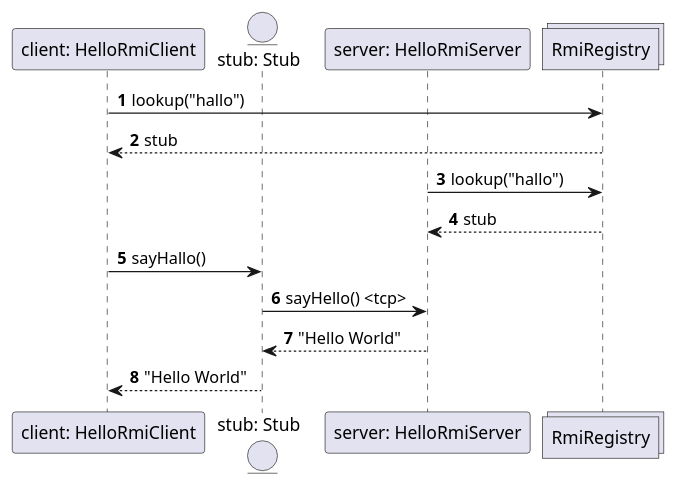
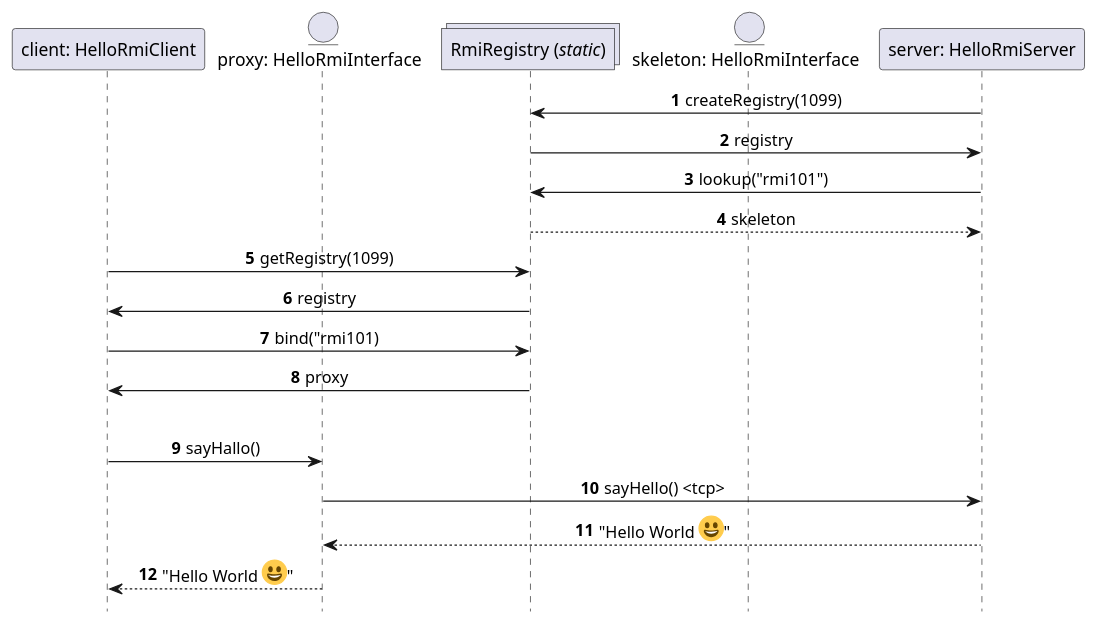
One commit to bartvanderwal/java-rmi changed the diagram in plaatjes/rmi-extended.puml. Above: the diagram before and after it, drawn with PlantUML. The commit also changed 16 other files, not shown here.

```diff
--- a/plaatjes/rmi-extended.puml
+++ b/plaatjes/rmi-extended.puml
@@ -1,19 +1,31 @@
 @startuml sequence
 autonumber
+skinparam sequenceMessageAlign center
+hide footbox
+
 participant client as "client: HelloRmiClient"
-entity stub as "stub: Stub"
+entity stub as "proxy: HelloRmiInterface"
+collections registry as "RmiRegistry (//static//)"
+entity skeleton as "skeleton: HelloRmiInterface"
 participant server as "server: HelloRmiServer"
-collections RmiRegistry
 
-client -> RmiRegistry: lookup("hallo")
-RmiRegistry --> client: stub
+server -> registry: createRegistry(1099)
+registry -> server: registry
 
-server -> RmiRegistry: lookup("hallo")
-RmiRegistry --> server: stub
+server -> registry: lookup("rmi101")
+registry --> server: skeleton
+
+client -> registry: getRegistry(1099)
+registry -> client: registry
+
+client -> registry: bind("rmi101)
+registry -> client: proxy
+
+||| 
 
 client -> stub: sayHallo()
 stub -> server: sayHello() <tcp>
 
-server --> stub: "Hello World"
-stub --> client :"Hello World"
+server --> stub: "Hello World <:1f600:>"
+stub --> client :"Hello World <:1f600:>"
 @enduml
```
